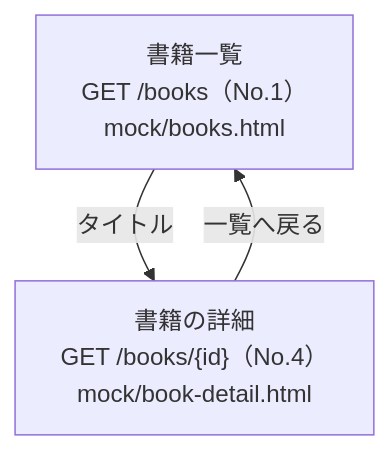
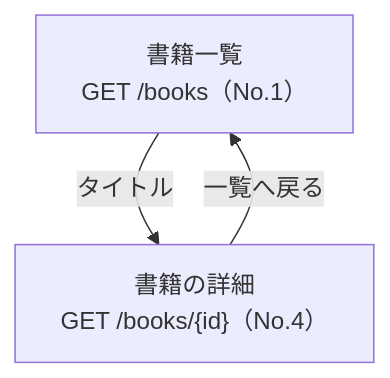
One commit to yuracode/simple-springboot changed the third of 4 diagrams in books-documents/screen-flow.md. Above: the diagram before and after it, drawn with Mermaid. The commit also changed other lines of this file and 5 other files, not shown here.

````diff
--- a/books-documents/screen-flow.md
+++ b/books-documents/screen-flow.md
@@ -52,8 +52,8 @@
 ```mermaid
 flowchart TD
-    list["書籍一覧<br>GET /books（No.1）<br>mock/books.html"]
-    detail["書籍の詳細<br>GET /books/{id}（No.4）<br>mock/book-detail.html"]
+    list["書籍一覧<br>GET /books（No.1）"]
+    detail["書籍の詳細<br>GET /books/{id}（No.4）"]
 
     list -->|タイトル| detail
     detail -->|一覧へ戻る| list
 ```
````
